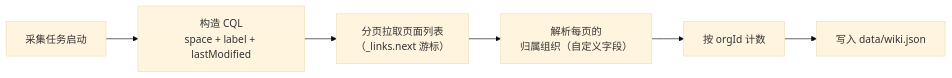
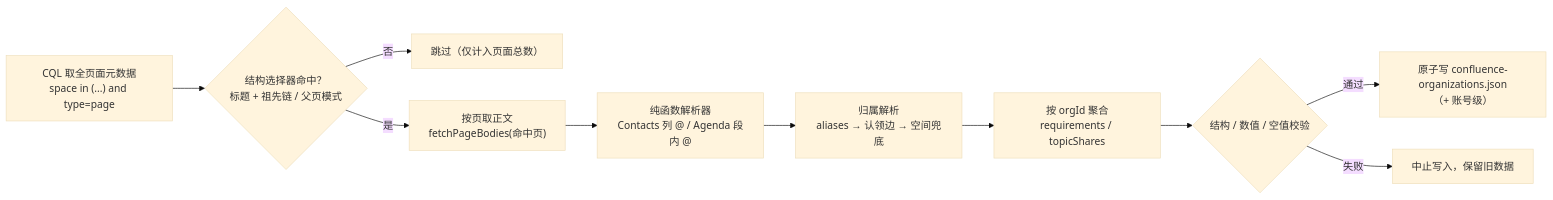
One commit to huang2001junjie-rgb/openan-operation-insights changed the third of 5 diagrams in docs/05-integration-roadmap.md. Above: the diagram before and after it, drawn with Mermaid (base theme). The commit also changed other lines of this file and 88 other files, not shown here.

Commit message:
refactor: pull confluence data and refactor data model

````diff
--- a/docs/05-integration-roadmap.md
+++ b/docs/05-integration-roadmap.md
@@ -194,8 +227,12 @@
 ```mermaid
 flowchart LR
-  S["采集任务启动"] --> CQL["构造 CQL<br/>space + label + lastModified"]
-  CQL --> PAGE["分页拉取页面列表<br/>（_links.next 游标）"]
-  PAGE --> RESOLVE["解析每页的<br/>归属组织（自定义字段）"]
-  RESOLVE --> AGG["按 orgId 计数"]
-  AGG --> WRITE["写入 data/wiki.json"]
+  CQL["CQL 取全页面元数据<br/>space in (...) and type=page"] --> SEL{"结构选择器命中？<br/>标题 + 祖先链 / 父页模式"}
+  SEL -->|否| SKIP["跳过（仅计入页面总数）"]
+  SEL -->|是| BODY["按页取正文<br/>fetchPageBodies(命中页)"]
+  BODY --> PARSE["纯函数解析器<br/>Contacts 列 @ / Agenda 段内 @"]
+  PARSE --> RESOLVE["归属解析<br/>aliases → 认领边 → 空间兜底"]
+  RESOLVE --> AGG["按 orgId 聚合<br/>requirements / topicShares"]
+  AGG --> VAL{"结构 / 数值 / 空值校验"}
+  VAL -->|通过| WRITE["原子写 confluence-organizations.json<br/>（+ 账号级）"]
+  VAL -->|失败| KEEP["中止写入，保留旧数据"]
 ```
````
